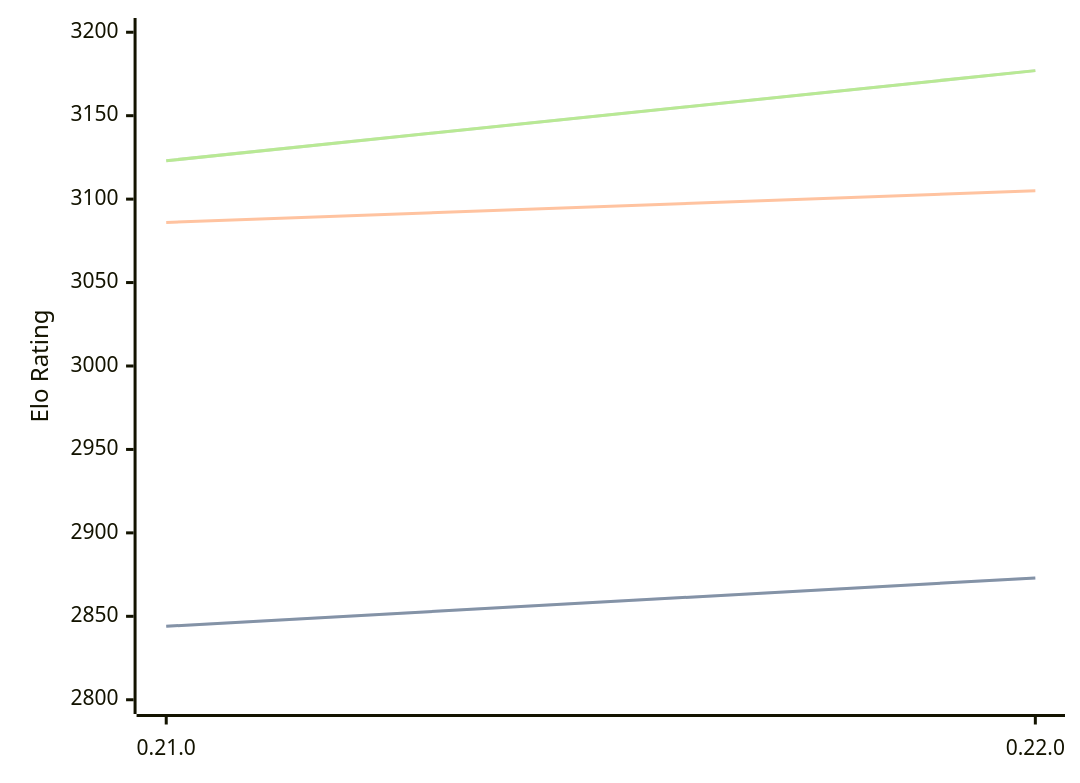
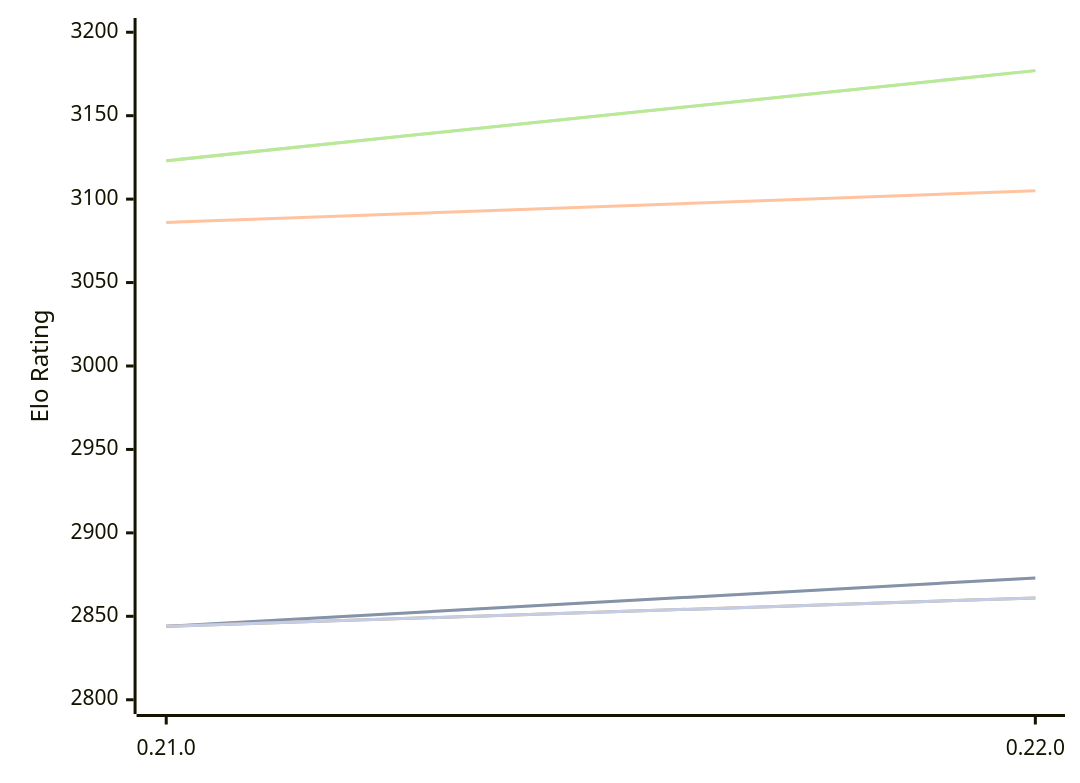
The diagram in engines/Princhess.md (computer-chess-index/cci), drawn with Mermaid before and after one commit. The commit also changed other lines of this file, not shown here.

Commit message:
Update CCI Ratings (ELO VLTC) - 2026-10-11

````diff
--- a/engines/Princhess.md
+++ b/engines/Princhess.md
@@ -48,16 +48,13 @@
 ```mermaid
 %%{init: {"theme":"base","themeVariables":{"seriesColors:['#a3a3a3','#222221','#faa371']}}}%%
 xychart-beta
   x-axis ["0.21.0", "0.22.0"]
   y-axis "Elo Rating" 2800 --> 3200
   line "" [2844, 2873]
   line "T1: STC (8.0+0.08s)" [2844, 2873]
   line "T1: LTC (60.0+0.60s)" [3086, 3105]
   line "" [3123, 3177]
   line "T1: VLTC (2m24s+1.12s)" [3123, 3177]
-  line "" [2847]
-  line "E1: STC (8.0+0.08s)" [2847]
-  line "E1: LTC (60.0+0.60s)" [3089]
-  line "" [3141]
-  line "E1: VLTC (2m24s+1.12s)" [3141]
+  line "" [2844,2861]
+  line "E1: STC (8.0+0.08s)" [2844,2861]
 ```
````
